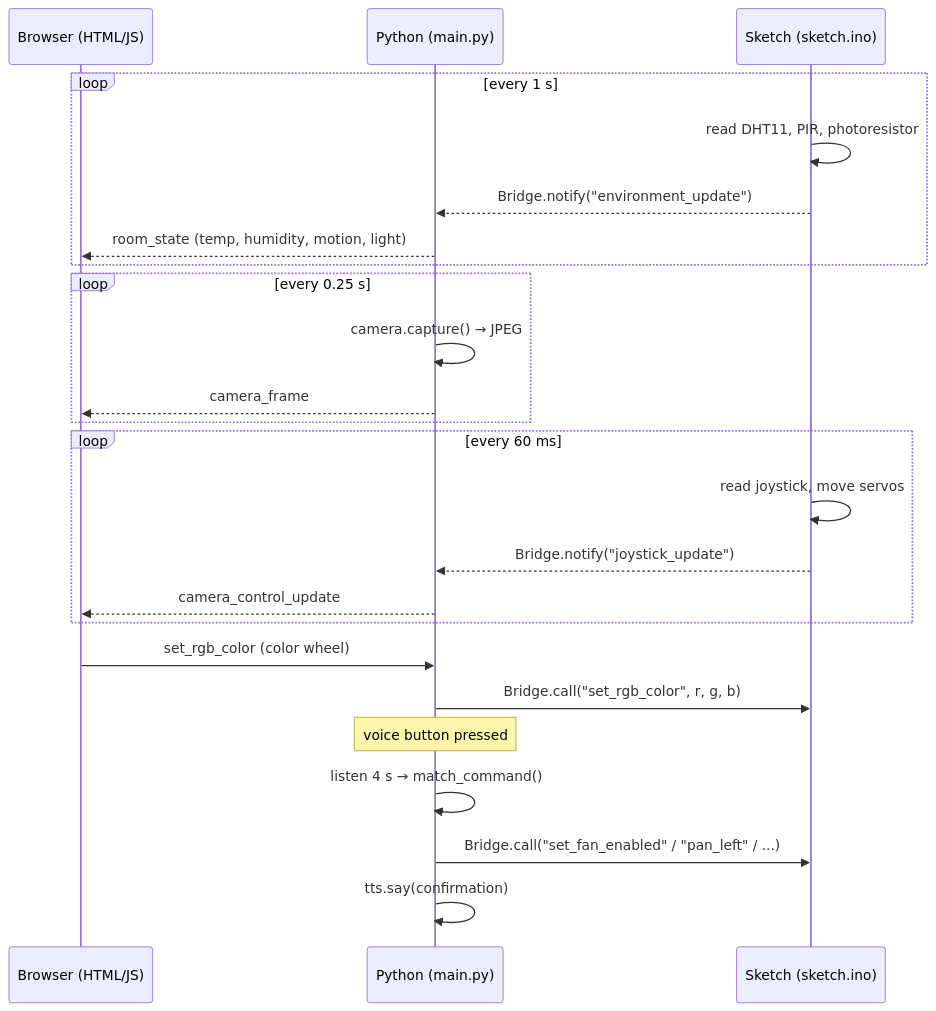
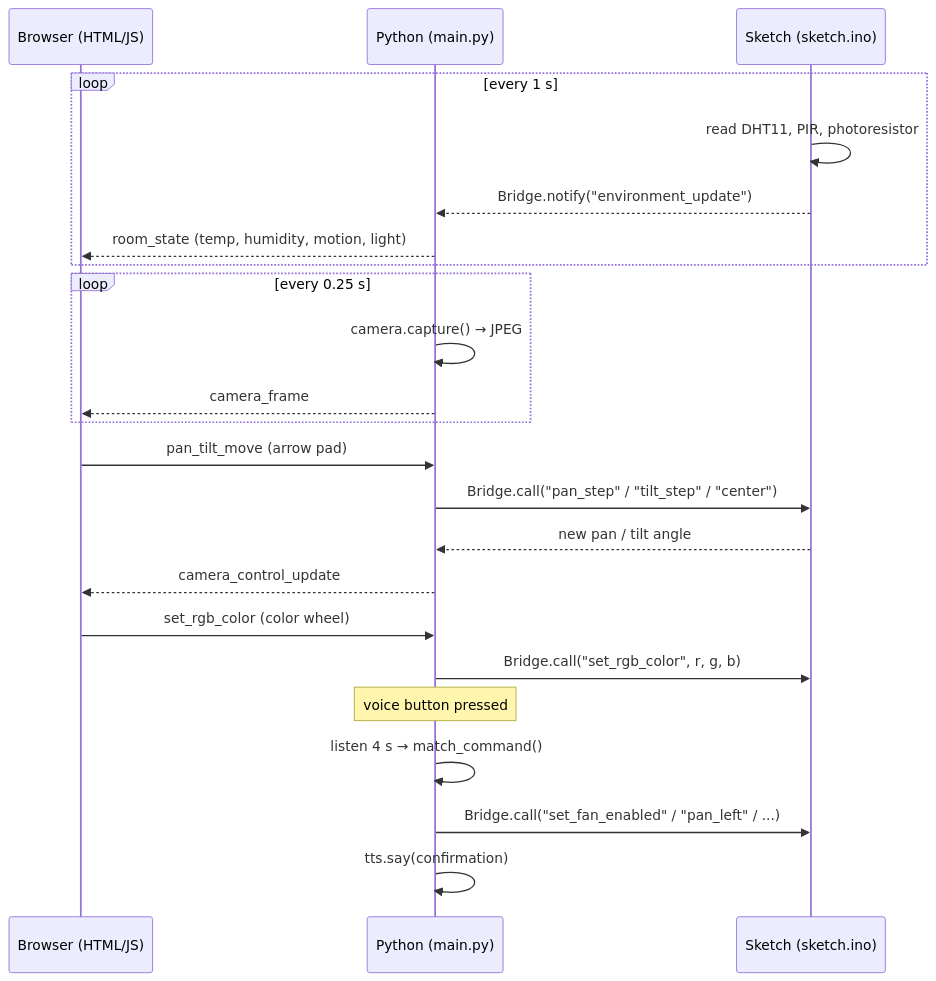
Before and after one commit to sunfounder/unoq-ai-kit: the diagram in docs/source/iot/12_iot_smart_room.rst, drawn with Mermaid. The commit also changed other lines of this file and 2 other files, not shown here.

Commit message:
iot/12: document the web camera control and refresh the result image

```diff
--- a/docs/source/iot/12_iot_smart_room.rst
+++ b/docs/source/iot/12_iot_smart_room.rst
@@ -119,27 +118,26 @@
 .. mermaid::
 
    sequenceDiagram
        participant B as Browser (HTML/JS)
        participant P as Python (main.py)
        participant S as Sketch (sketch.ino)
 
        loop every 1 s
            S->>S: read DHT11, PIR, photoresistor
            S-->>P: Bridge.notify("environment_update")
            P-->>B: room_state (temp, humidity, motion, light)
        end
        loop every 0.25 s
            P->>P: camera.capture() → JPEG
            P-->>B: camera_frame
        end
-       loop every 60 ms
-           S->>S: read joystick, move servos
-           S-->>P: Bridge.notify("joystick_update")
-           P-->>B: camera_control_update
-       end
+       B->>P: pan_tilt_move (arrow pad)
+       P->>S: Bridge.call("pan_step" / "tilt_step" / "center")
+       S-->>P: new pan / tilt angle
+       P-->>B: camera_control_update
        B->>P: set_rgb_color (color wheel)
        P->>S: Bridge.call("set_rgb_color", r, g, b)
        Note over P: voice button pressed
        P->>P: listen 4 s → match_command()
        P->>S: Bridge.call("set_fan_enabled" / "pan_left" / ...)
        P->>P: tts.say(confirmation)
```
